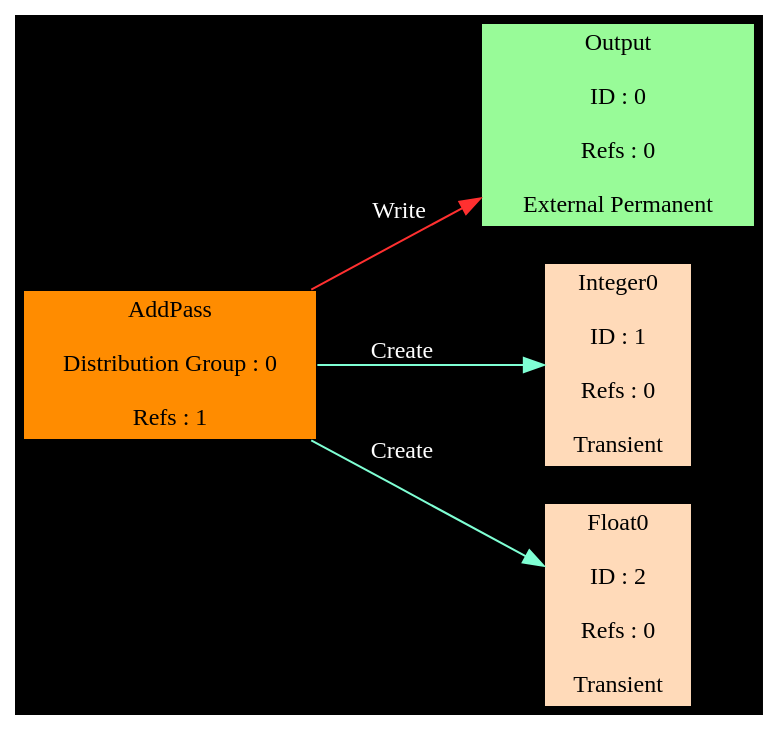
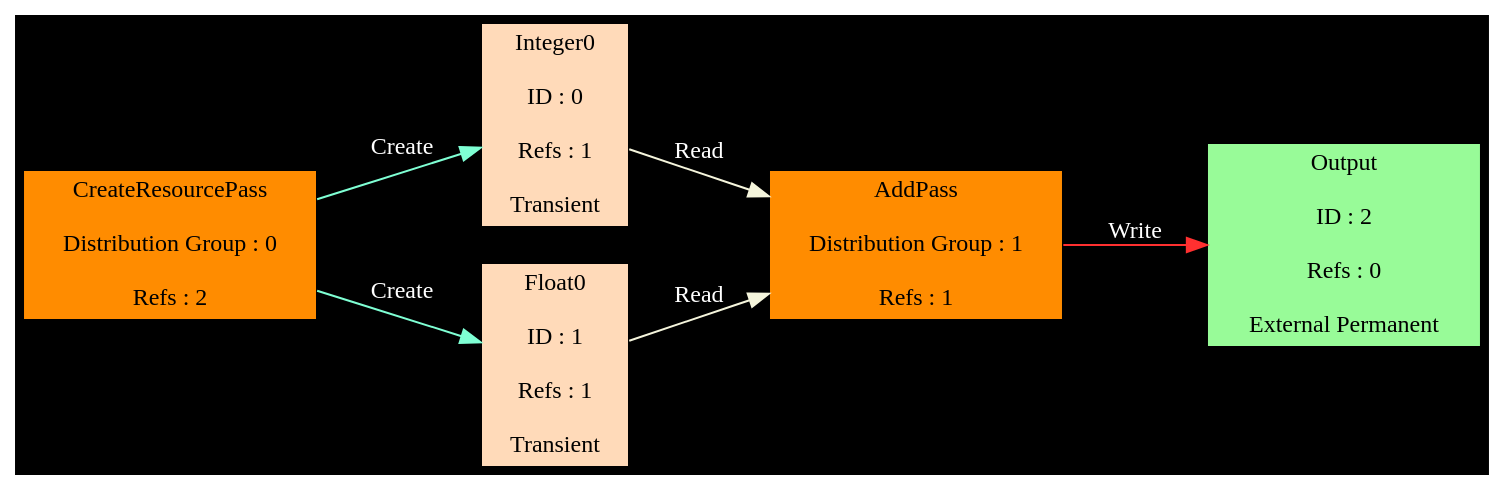
One commit to SeolYang/Elaina changed the diagram in Projects/FrameGraph.dot. Above: the diagram before and after it, drawn with Graphviz. The commit also changed 3 other files, not shown here.

Commit message:
렌더 패스 빌더에서 read/write시 렌더 패스가 자신보다 이전의 Distribution group에 속하는 렌더패스가 만든 리소스만 읽거나 쓸 수 있도록 강제하도록 하였습니다

```diff
--- a/Projects/FrameGraph.dot
+++ b/Projects/FrameGraph.dot
@@ -1,29 +1,34 @@
 digraph FrameGraph 
 {
 rankdir = LR
 bgcolor = black
 node [shape=rectangle, fontname="nanumgothic bold", fontsize=12, fontcolor=black]
 edge [fontname="nanumgothic bold", fontsize=12, fontcolor=white]
+"CreateResourcePass" [label="CreateResourcePass
+\nDistribution Group : 0
+\nRefs : 2", style=filled, fillcolor=darkorange]
 "AddPass" [label="AddPass
-\nDistribution Group : 0
+\nDistribution Group : 1
 \nRefs : 1", style=filled, fillcolor=darkorange]
 
+"Integer0" [label="Integer0
+\nID : 0
+\nRefs : 1
+\nTransient", style=filled, fillcolor=peachpuff]
+"Float0" [label="Float0
+\nID : 1
+\nRefs : 1
+\nTransient", style=filled, fillcolor=peachpuff]
 "Output" [label="Output
-\nID : 0
+\nID : 2
 \nRefs : 0
 \nExternal Permanent", style=filled, fillcolor=palegreen]
-"Integer0" [label="Integer0
-\nID : 1
-\nRefs : 0
-\nTransient", style=filled, fillcolor=peachpuff]
-"Float0" [label="Float0
-\nID : 2
-\nRefs : 0
-\nTransient", style=filled, fillcolor=peachpuff]
-"AddPass" -> { "Integer0" "Float0" } [color=aquamarine, label="  Create"]
+"CreateResourcePass" -> { "Integer0" "Float0" } [color=aquamarine, label="  Create"]
+"CreateResourcePass" -> { } [color=firebrick1, label=" Write"]
+"AddPass" -> { } [color=aquamarine, label="  Create"]
 "AddPass" -> { "Output" } [color=firebrick1, label=" Write"]
 
+"Integer0" -> { "AddPass" } [color=beige, label=" Read"]
+"Float0" -> { "AddPass" } [color=beige, label=" Read"]
 "Output" -> { } [color=beige, label=" Read"]
-"Integer0" -> { } [color=beige, label=" Read"]
-"Float0" -> { } [color=beige, label=" Read"]
 }
```
